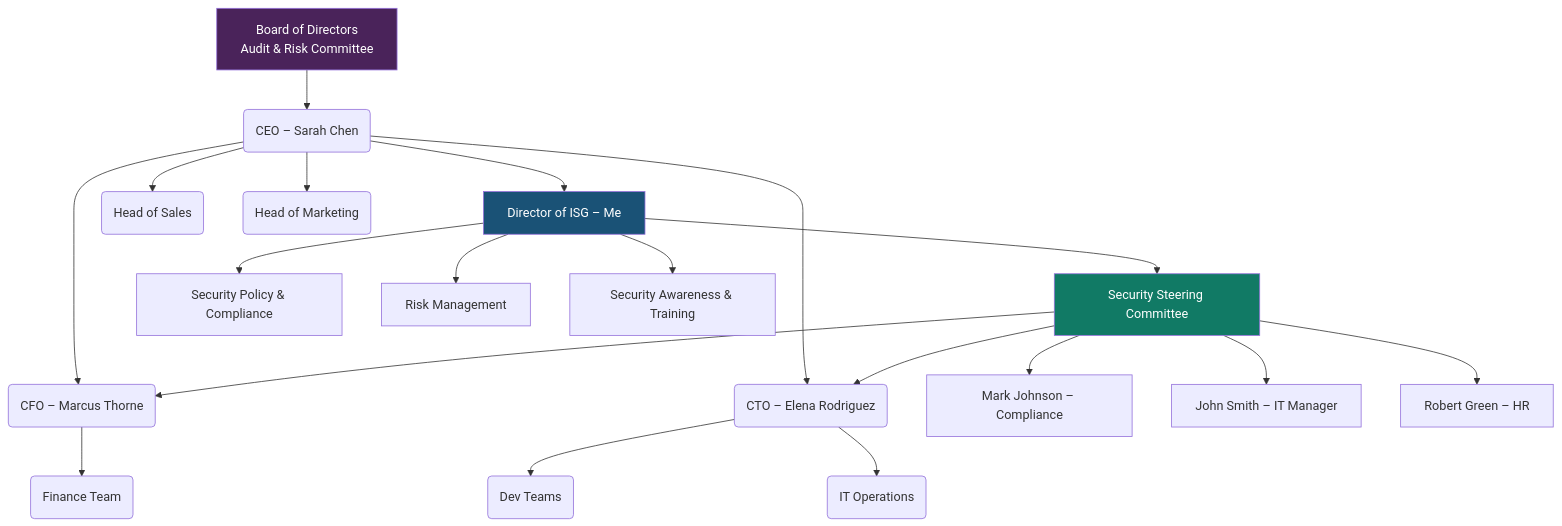
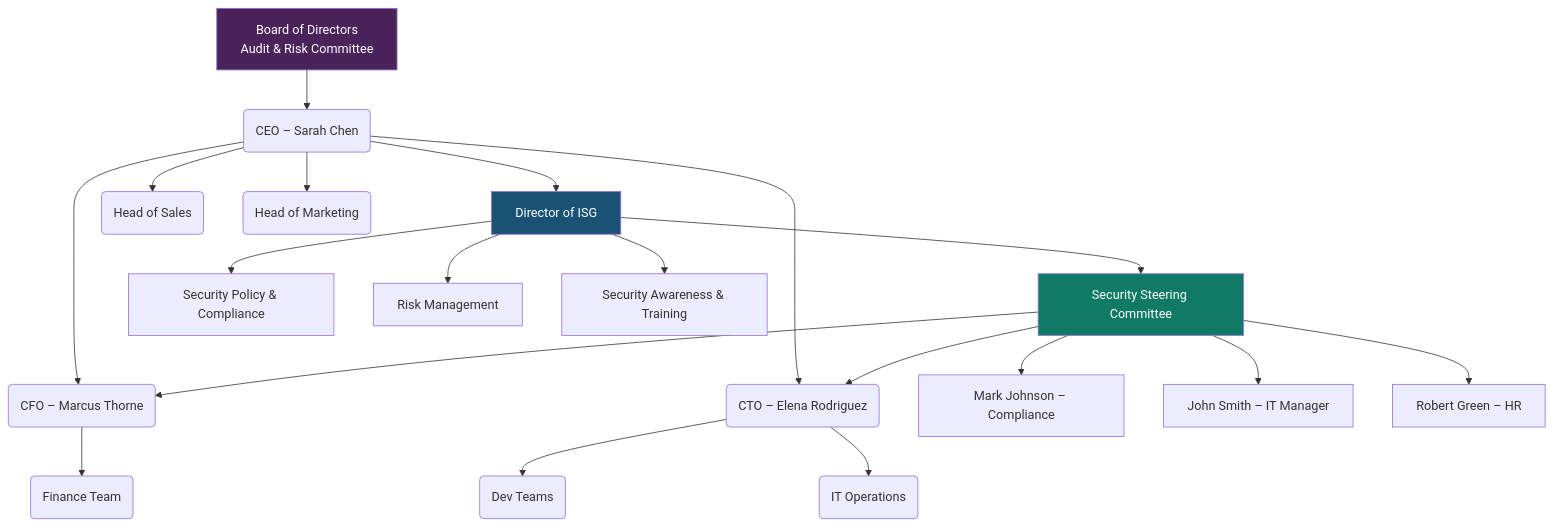
The diagram in README.md (victoriambachu09-coder/ICDFA-lab-assignments), drawn with Mermaid before and after one commit. The commit also changed other lines of this file, not shown here.

````diff
--- a/README.md
+++ b/README.md
@@ -22,28 +22,28 @@
 ```mermaid
 graph TD
     A[Board of Directors\nAudit & Risk Committee] --> B(CEO – Sarah Chen)
-    B --> ISG[Director of ISG – Me]
+    B --> ISG[Director of ISG]
     B --> C(CFO – Marcus Thorne)
     B --> D(CTO – Elena Rodriguez)
     B --> E(Head of Sales)
     B --> F(Head of Marketing)
 
     ISG --> SSC[Security Steering Committee]
     ISG --> P[Security Policy & Compliance]
     ISG --> R[Risk Management]
     ISG --> T[Security Awareness & Training]
 
     SSC --> C
     SSC --> D
     SSC --> MJ[Mark Johnson – Compliance]
     SSC --> JS[John Smith – IT Manager]
     SSC --> RG[Robert Green – HR]
 
     C --> G(Finance Team)
     D --> H(Dev Teams)
     D --> I(IT Operations)
 
     style ISG fill:#1a5276,color:#fff
     style SSC fill:#117a65,color:#fff
     style A fill:#4a235a,color:#fff
 ```
````
